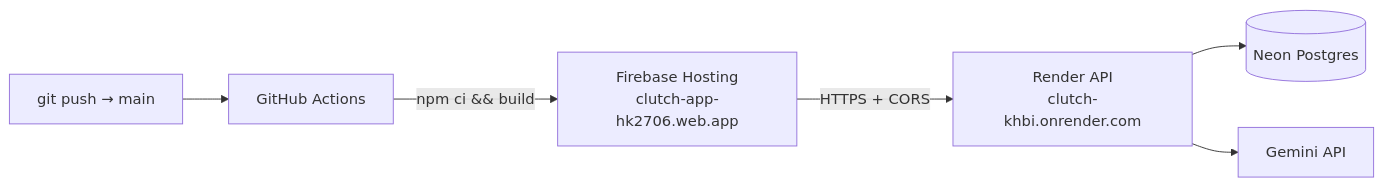
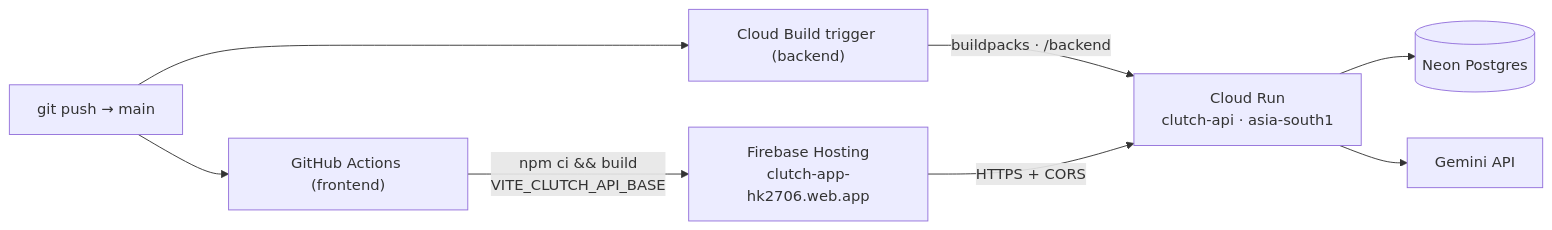
The fifth of 5 diagrams in README.md (hs-zz27/Clutch), drawn with Mermaid before and after one commit. The commit also changed other lines of this file and 1 other file, not shown here.

Commit message:
docs: update README deployment section for Google Cloud Run migration and add PR workflow

````diff
--- a/README.md
+++ b/README.md
@@ -276,8 +276,10 @@
 ```mermaid
 flowchart LR
-    Dev["git push → main"] --> GH["GitHub Actions"]
-    GH -->|"npm ci && build"| FB["Firebase Hosting<br/>clutch-app-hk2706.web.app"]
-    FB -->|"HTTPS + CORS"| RND["Render API<br/>clutch-khbi.onrender.com"]
-    RND --> NEON[("Neon Postgres")]
-    RND --> GEM["Gemini API"]
+    Dev["git push → main"] --> GH["GitHub Actions (frontend)"]
+    Dev --> CB["Cloud Build trigger (backend)"]
+    GH -->|"npm ci && build<br/>VITE_CLUTCH_API_BASE"| FB["Firebase Hosting<br/>clutch-app-hk2706.web.app"]
+    CB -->|"buildpacks · /backend"| CR["Cloud Run<br/>clutch-api · asia-south1"]
+    FB -->|"HTTPS + CORS"| CR
+    CR --> NEON[("Neon Postgres")]
+    CR --> GEM["Gemini API"]
 ```
````
